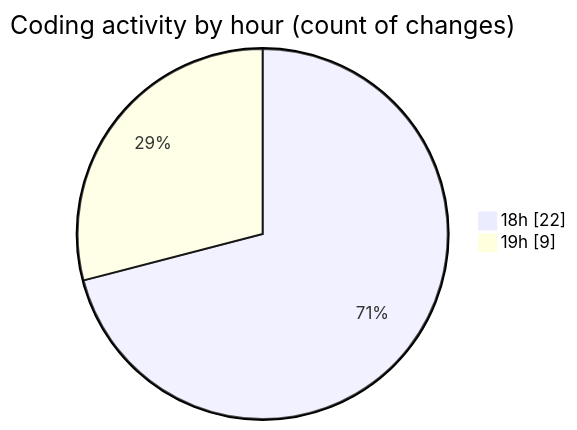
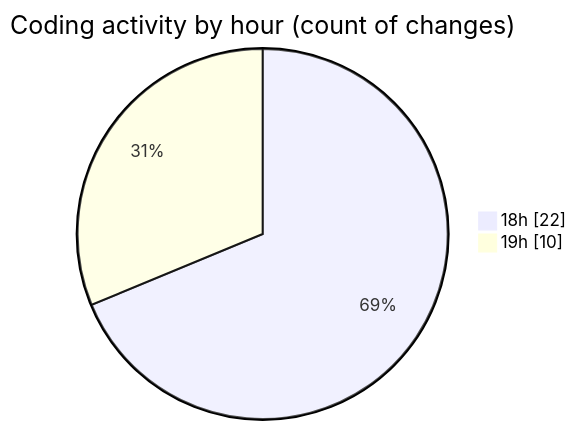
The second of 2 diagrams in 2025-04-29/back-end/README.md (Netris89/code-tracking), drawn with Mermaid before and after one commit. The commit also changed other lines of this file and 1 other file, not shown here.

````diff
--- a/2025-04-29/back-end/README.md
+++ b/2025-04-29/back-end/README.md
@@ -33,6 +35,6 @@
 ```mermaid
 pie showData
 title Coding activity by hour (count of changes)
 "18h" : 22
-"19h" : 9
+"19h" : 10
 ```
````
